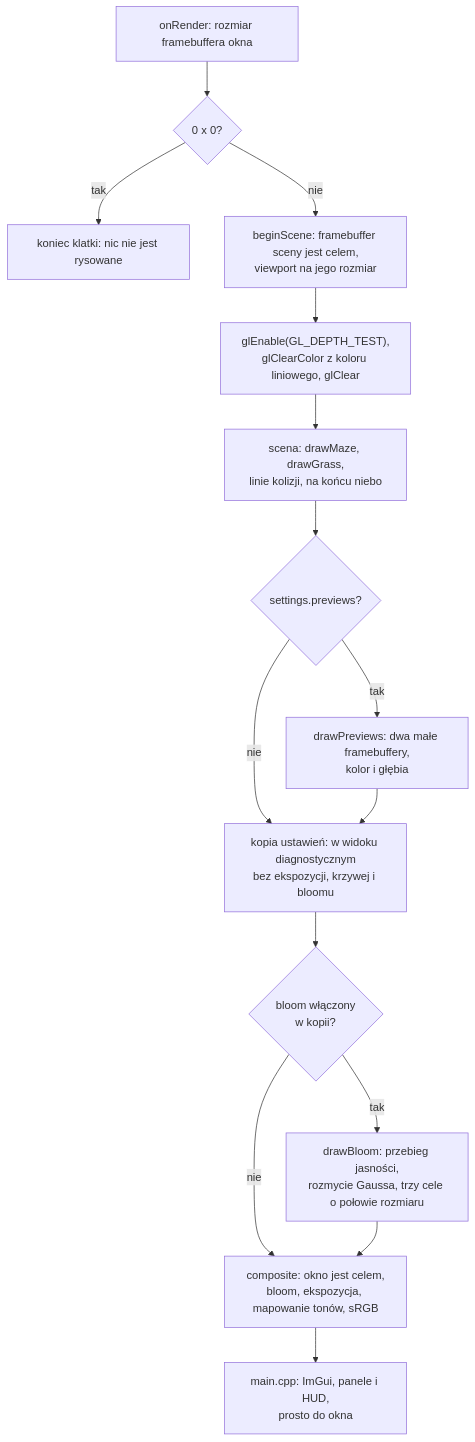
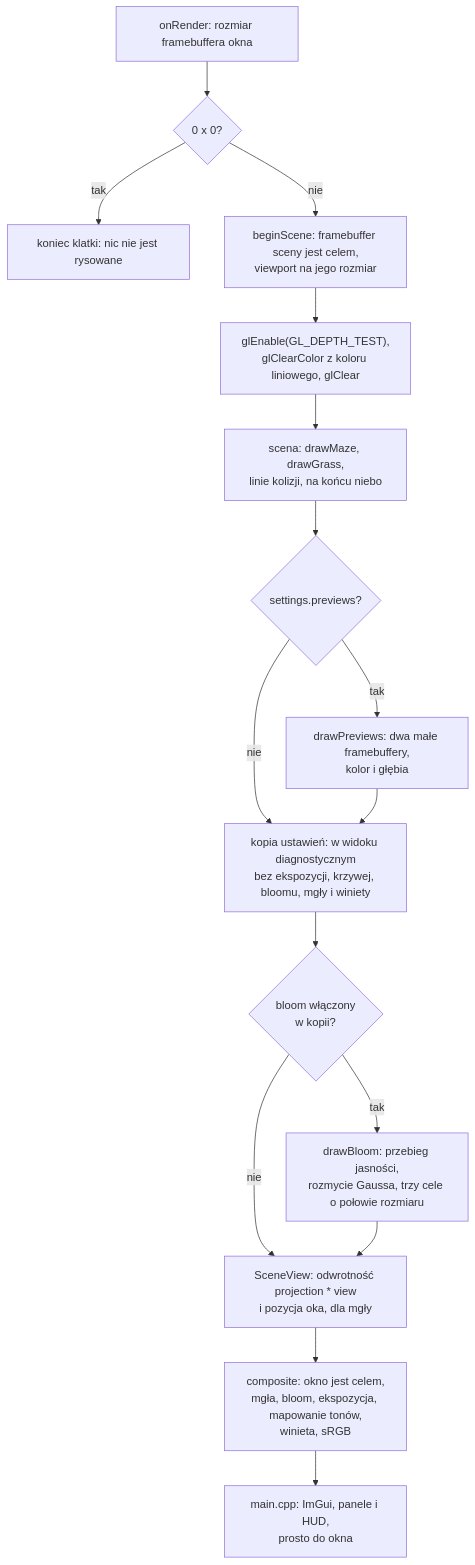
Before and after one commit to Shironex/night-maze: the second of 4 diagrams in docs/modules/renderer/post-process.md, drawn with Mermaid. The commit also changed other lines of this file and 50 other files, not shown here.

````diff
--- a/docs/modules/renderer/post-process.md
+++ b/docs/modules/renderer/post-process.md
@@ -260,17 +264,18 @@
 ```mermaid
 flowchart TD
     A["onRender: rozmiar framebuffera okna"] --> B{"0 x 0?"}
     B -->|tak| Z["koniec klatki: nic nie jest rysowane"]
     B -->|nie| C["beginScene: framebuffer sceny jest celem,<br/>viewport na jego rozmiar"]
     C --> D["glEnable(GL_DEPTH_TEST),<br/>glClearColor z koloru liniowego, glClear"]
     D --> E["scena: drawMaze, drawGrass,<br/>linie kolizji, na końcu niebo"]
     E --> F{"settings.previews?"}
     F -->|tak| G["drawPreviews: dwa małe framebuffery,<br/>kolor i głębia"]
     F -->|nie| K
-    G --> K["kopia ustawień: w widoku diagnostycznym<br/>bez ekspozycji, krzywej i bloomu"]
+    G --> K["kopia ustawień: w widoku diagnostycznym<br/>bez ekspozycji, krzywej, bloomu, mgły i winiety"]
     K --> L{"bloom włączony<br/>w kopii?"}
     L -->|tak| M["drawBloom: przebieg jasności,<br/>rozmycie Gaussa, trzy cele o połowie rozmiaru"]
-    L -->|nie| H
-    M --> H["composite: okno jest celem,<br/>bloom, ekspozycja, mapowanie tonów, sRGB"]
+    L -->|nie| V
+    M --> V["SceneView: odwrotność projection * view<br/>i pozycja oka, dla mgły"]
+    V --> H["composite: okno jest celem,<br/>mgła, bloom, ekspozycja, mapowanie tonów,<br/>winieta, sRGB"]
     H --> I["main.cpp: ImGui, panele i HUD,<br/>prosto do okna"]
 ```
````
